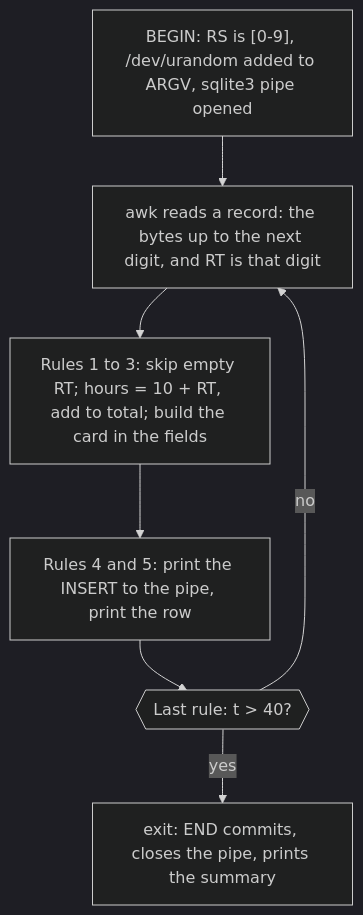
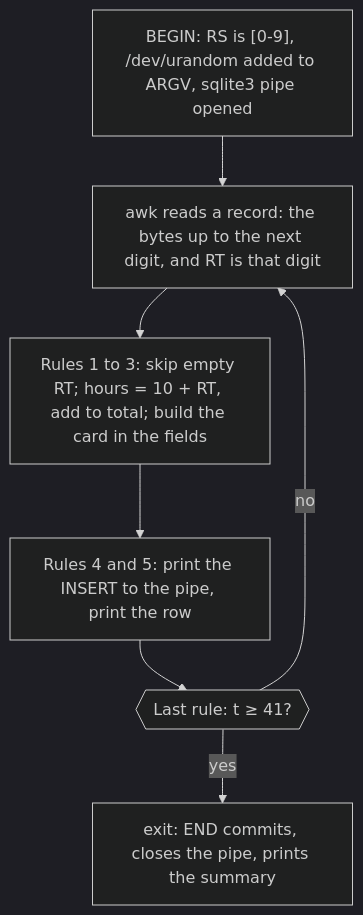
The second of 2 diagrams in lessons/languages/awk.md (dullroar/code-challenge), drawn with Mermaid (dark theme) before and after one commit. The commit also changed other lines of this file and 79 other files, not shown here.

````diff
--- a/lessons/languages/awk.md
+++ b/lessons/languages/awk.md
@@ -132,11 +132,11 @@
 ```mermaid
 flowchart TD
     accTitle: awk-weird: awk's own record loop over /dev/urandom, with a regex as the record separator
     accDescr: A flowchart. BEGIN sets the record separator to the regular expression for a digit, adds /dev/urandom as the default input file, and opens a pipe to sqlite3. awk then reads a record, which is the bytes up to the next digit, and RT holds that digit. Rule 1 skips a record with an empty RT. Rule 2 sets the hours to 10 plus the digit and adds them to the total. Rule 3 assigns the card to the record, which re-splits it into fields. Rules 4 and 5 print an INSERT to the pipe and print the row. The last rule exits when the total is over 40, and awk goes on to read the next record when it is not. The exit runs END, which commits and prints the summary.
     A["BEGIN: RS is [0-9], /dev/urandom added to ARGV, sqlite3 pipe opened"] --> B["awk reads a record: the bytes up to the next digit, and RT is that digit"]
     B --> C["Rules 1 to 3: skip empty RT; hours = 10 + RT, add to total; build the card in the fields"]
     C --> D["Rules 4 and 5: print the INSERT to the pipe, print the row"]
-    D --> E{{"Last rule: t > 40?"}}
+    D --> E{{"Last rule: t ≥ 41?"}}
     E -->|no| B
     E -->|yes| F["exit: END commits, closes the pipe, prints the summary"]
 ```
````
